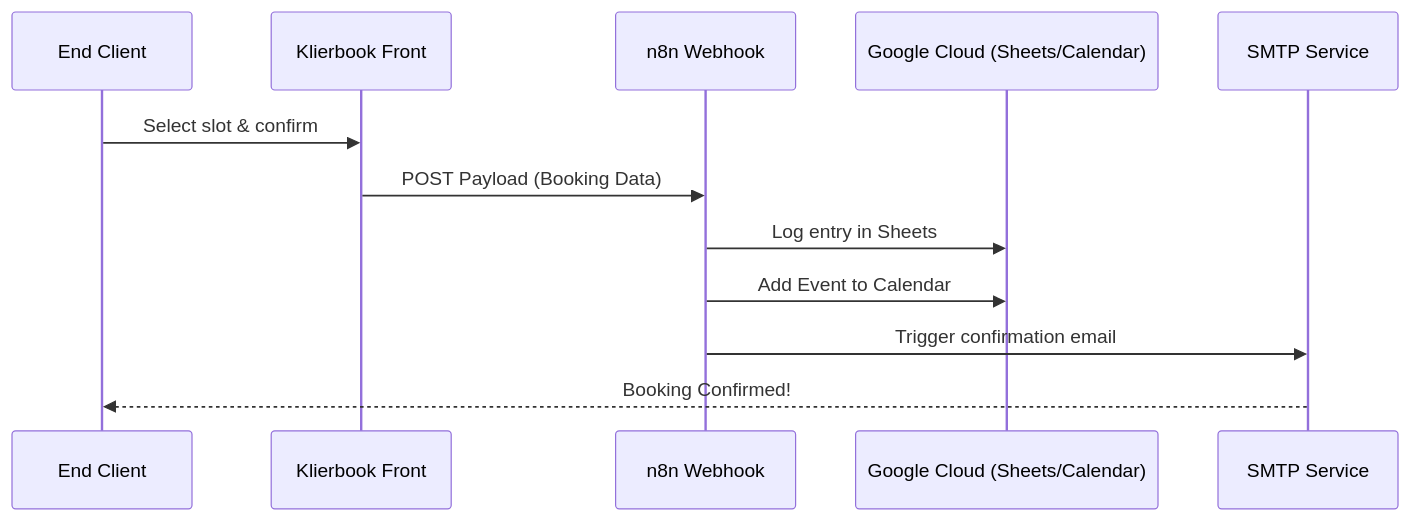
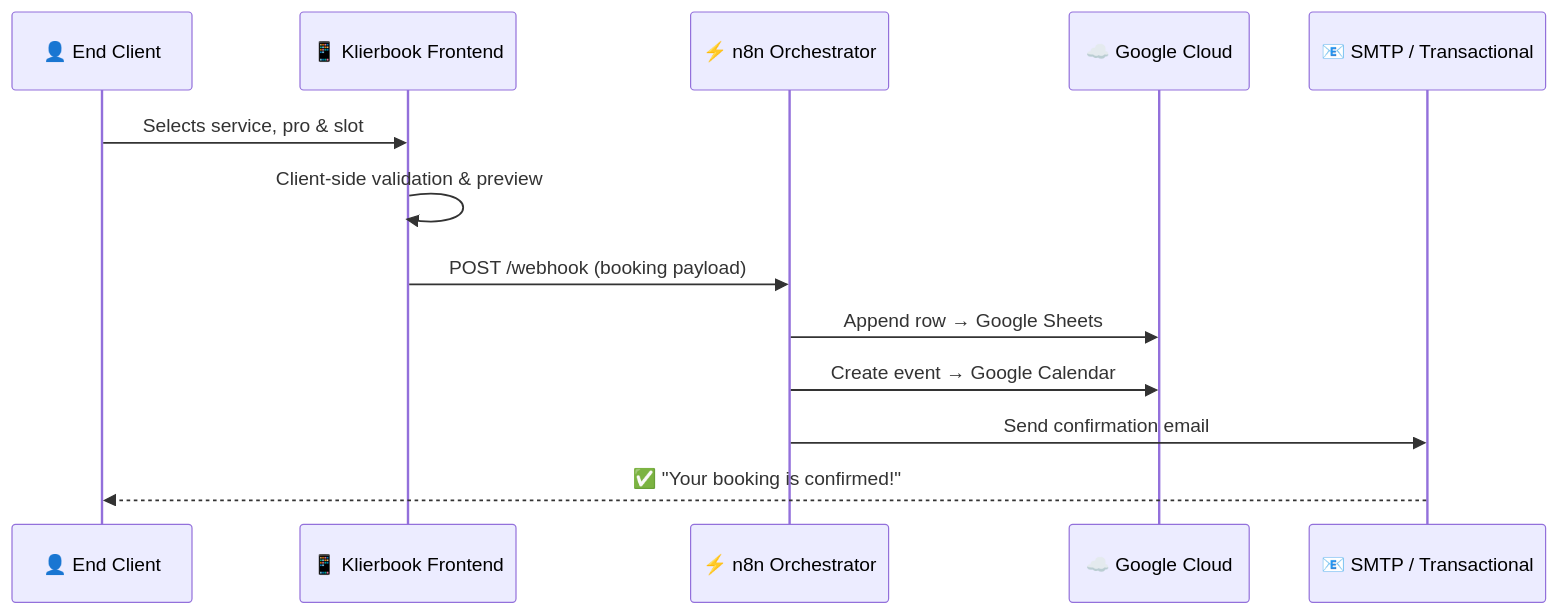
One commit to SerjCallier/agendapro-booking-template changed the diagram in README.md. Above: the diagram before and after it, drawn with Mermaid. The commit also changed other lines of this file, not shown here.

Commit message:
docs: complete rewrite - badges, features table, Quick Start, Roadmap

````diff
--- a/README.md
+++ b/README.md
@@ -49,15 +35,16 @@
 ```mermaid
 sequenceDiagram
-    participant User as End Client
-    participant React as Klierbook Front
-    participant n8n as n8n Webhook
-    participant GCP as Google Cloud (Sheets/Calendar)
-    participant Mail as SMTP Service
+    participant User as 👤 End Client
+    participant App as 📱 Klierbook Frontend
+    participant n8n as ⚡ n8n Orchestrator
+    participant GCP as ☁️ Google Cloud
+    participant Mail as 📧 SMTP / Transactional
 
-    User->>React: Select slot & confirm
-    React->>n8n: POST Payload (Booking Data)
-    n8n->>GCP: Log entry in Sheets
-    n8n->>GCP: Add Event to Calendar
-    n8n->>Mail: Trigger confirmation email
-    Mail-->>User: Booking Confirmed!
+    User->>App: Selects service, pro & slot
+    App->>App: Client-side validation & preview
+    App->>n8n: POST /webhook (booking payload)
+    n8n->>GCP: Append row → Google Sheets
+    n8n->>GCP: Create event → Google Calendar
+    n8n->>Mail: Send confirmation email
+    Mail-->>User: ✅ "Your booking is confirmed!"
 ```
````
